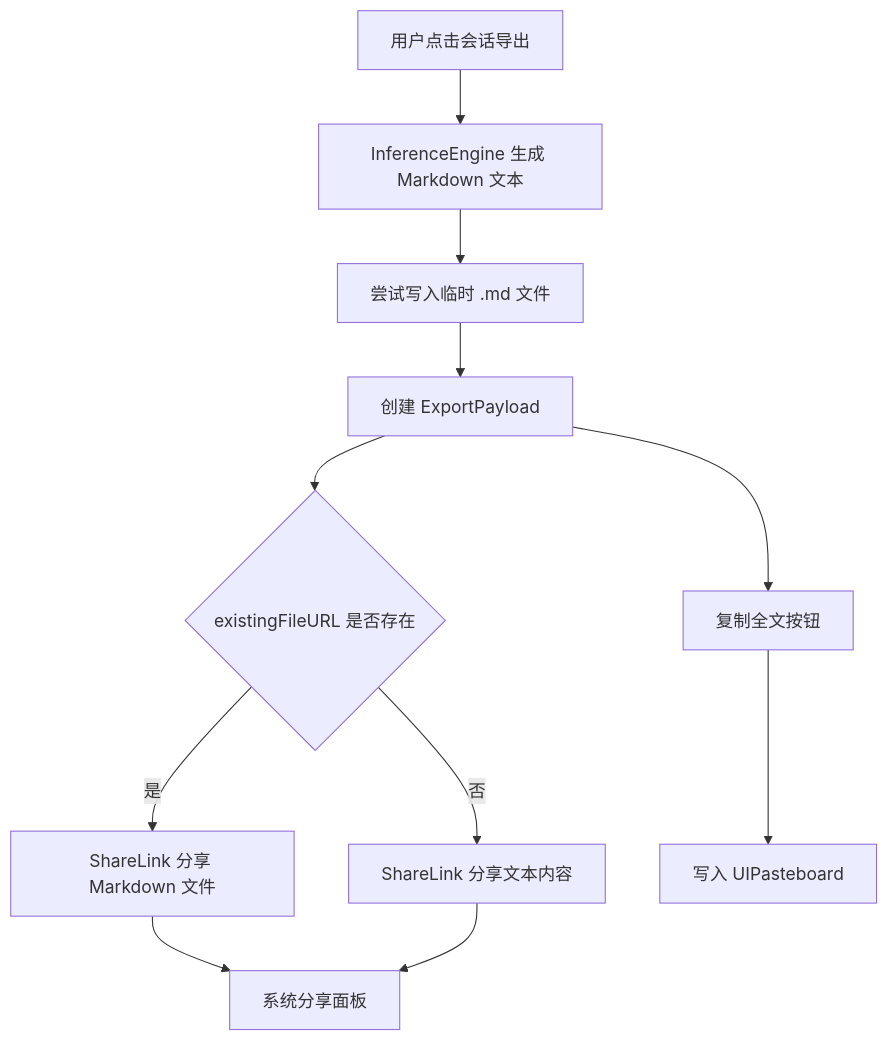
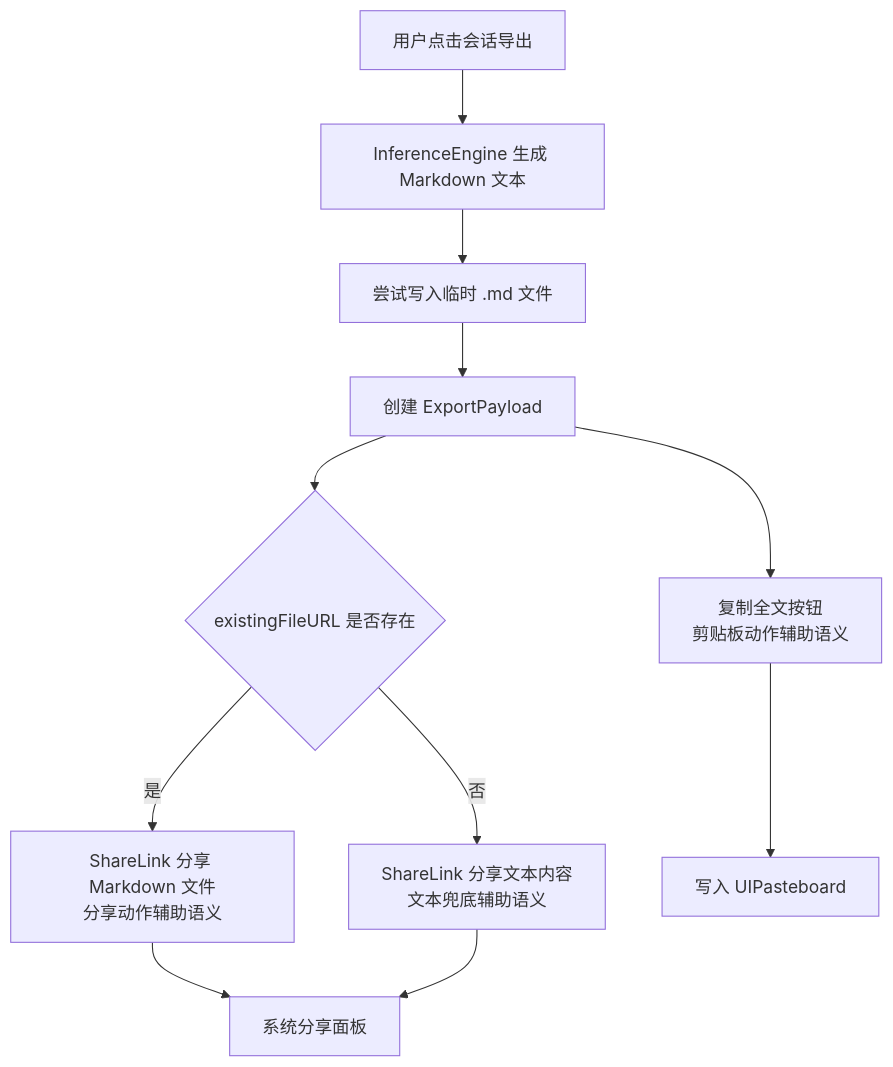
Before and after one commit to Altman-sam114/113: the sixth of 9 diagrams in md/flow/flowchart.md, drawn with Mermaid. The commit also changed other lines of this file and 8 other files, not shown here.

````diff
--- a/md/flow/flowchart.md
+++ b/md/flow/flowchart.md
@@ -112,13 +112,13 @@
 ```mermaid
 flowchart TD
     A[用户点击会话导出] --> B[InferenceEngine 生成 Markdown 文本]
     B --> C[尝试写入临时 .md 文件]
     C --> D[创建 ExportPayload]
     D --> E{existingFileURL 是否存在}
-    E -- 是 --> F[ShareLink 分享 Markdown 文件]
-    E -- 否 --> G[ShareLink 分享文本内容]
+    E -- 是 --> F[ShareLink 分享 Markdown 文件<br/>分享动作辅助语义]
+    E -- 否 --> G[ShareLink 分享文本内容<br/>文本兜底辅助语义]
     F --> H[系统分享面板]
     G --> H
-    D --> I[复制全文按钮]
+    D --> I[复制全文按钮<br/>剪贴板动作辅助语义]
     I --> J[写入 UIPasteboard]
 ```
````
